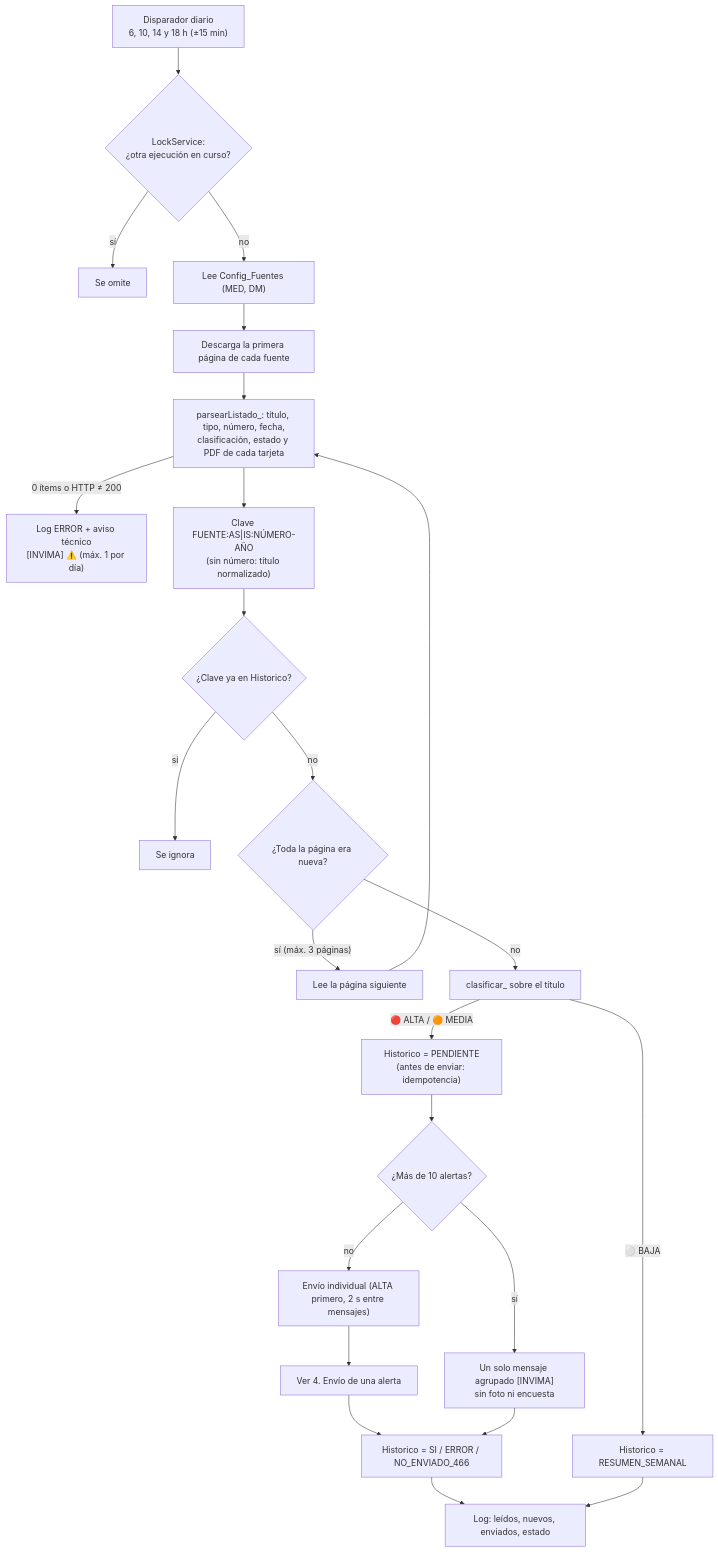
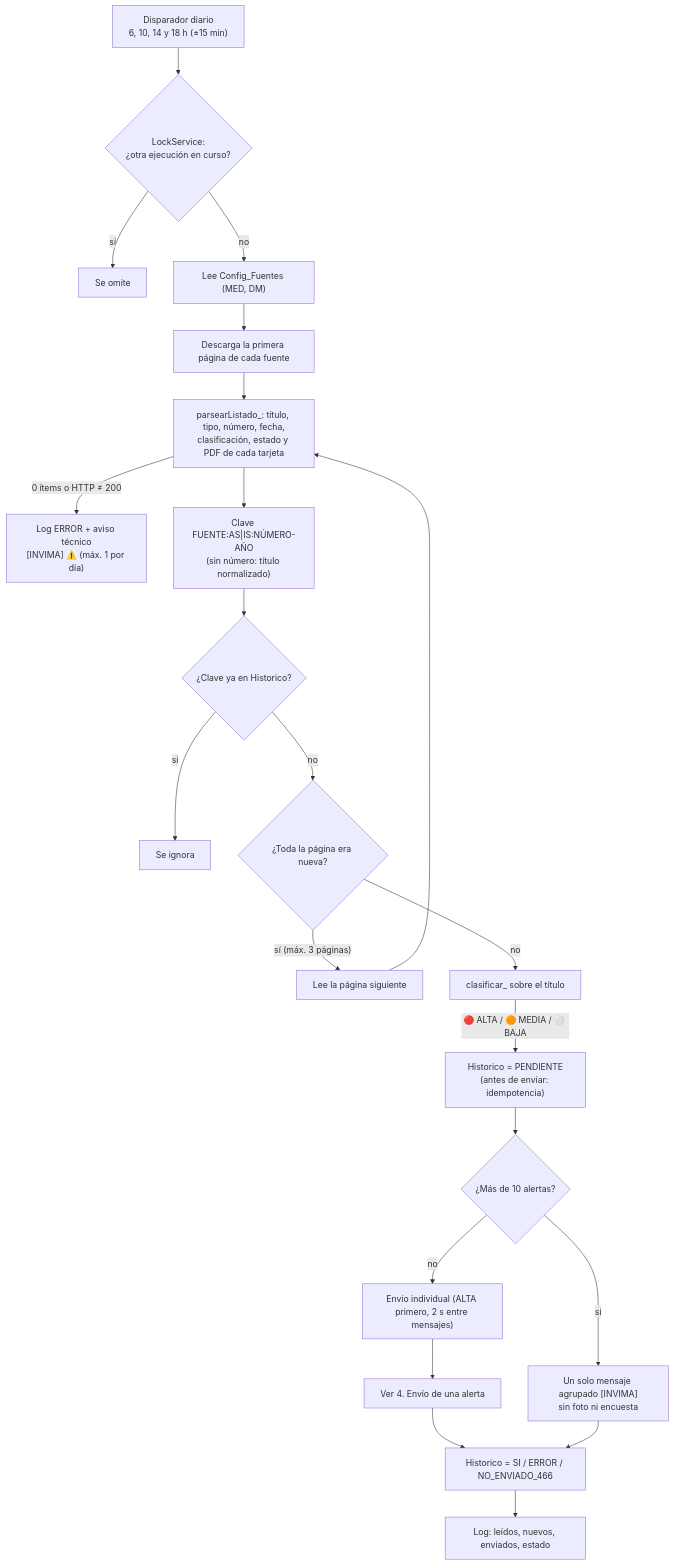
One commit to jsaavedran1-glitch/alertas-whatsapp-sanitarias-invima changed the second of 5 diagrams in README.md. Above: the diagram before and after it, drawn with Mermaid. The commit also changed other lines of this file and 3 other files, not shown here.

````diff
--- a/README.md
+++ b/README.md
@@ -49,25 +49,23 @@
 ```mermaid
 flowchart TD
     T["Disparador diario<br/>6, 10, 14 y 18 h (±15 min)"] --> L{"LockService:<br/>¿otra ejecución en curso?"}
     L -->|sí| FIN0["Se omite"]
     L -->|no| F["Lee Config_Fuentes (MED, DM)"]
     F --> P["Descarga la primera página de cada fuente"]
     P --> PA["parsearListado_: título, tipo, número, fecha,<br/>clasificación, estado y PDF de cada tarjeta"]
     PA -->|"0 ítems o HTTP ≠ 200"| AV["Log ERROR + aviso técnico<br/>[INVIMA] ⚠️ (máx. 1 por día)"]
     PA --> K["Clave FUENTE:AS|IS:NÚMERO-AÑO<br/>(sin número: título normalizado)"]
     K --> H{"¿Clave ya en Historico?"}
     H -->|sí| SKIP["Se ignora"]
     H -->|no| PG{"¿Toda la página era nueva?"}
     PG -->|"sí (máx. 3 páginas)"| P2["Lee la página siguiente"] --> PA
     PG -->|no| C["clasificar_ sobre el título"]
-    C -->|"🔴 ALTA / 🟠 MEDIA"| PEND["Historico = PENDIENTE<br/>(antes de enviar: idempotencia)"]
-    C -->|"⚪ BAJA"| SEM["Historico = RESUMEN_SEMANAL"]
+    C -->|"🔴 ALTA / 🟠 MEDIA / ⚪ BAJA"| PEND["Historico = PENDIENTE<br/>(antes de enviar: idempotencia)"]
     PEND --> N{"¿Más de 10 alertas?"}
     N -->|no| IND["Envío individual (ALTA primero, 2 s entre mensajes)"]
     N -->|sí| AGR["Un solo mensaje agrupado [INVIMA]<br/>sin foto ni encuesta"]
     IND --> ENV["Ver 4. Envío de una alerta"]
     ENV --> EST["Historico = SI / ERROR / NO_ENVIADO_466"]
     AGR --> EST
     EST --> LOG["Log: leídos, nuevos, enviados, estado"]
-    SEM --> LOG
 ```
````
